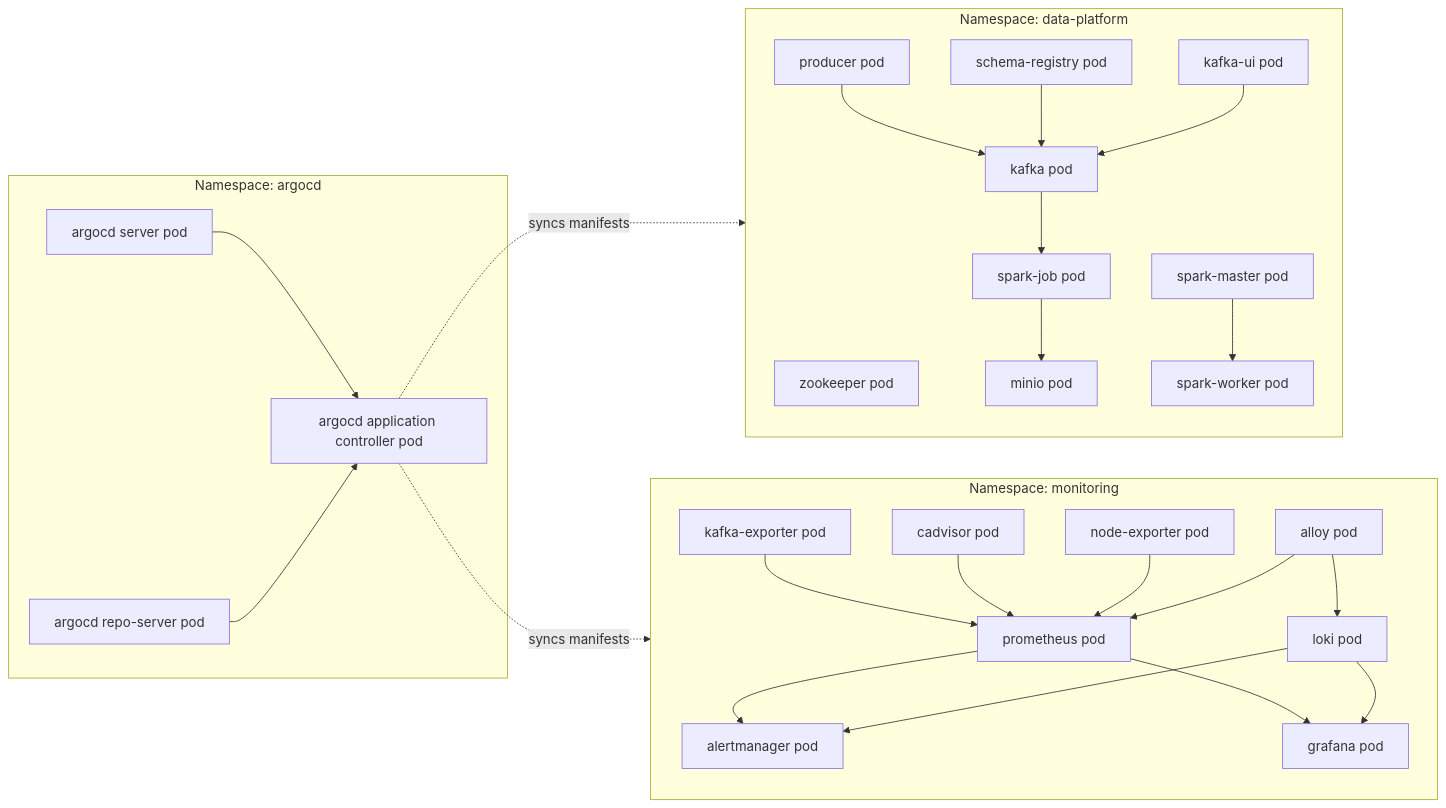
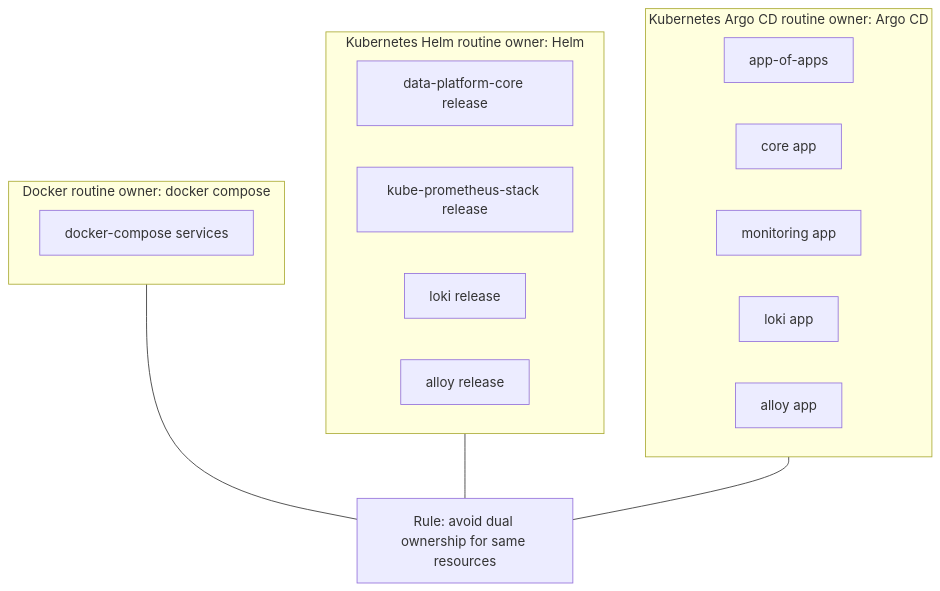
One commit to paulchen8206/Data-Platform-Observability-with-Prometheus-and-Grafana changed the third of 4 diagrams in docs/architecture.md. Above: the diagram before and after it, drawn with Mermaid. The commit also changed other lines of this file and 39 other files, not shown here.

````diff
--- a/docs/architecture.md
+++ b/docs/architecture.md
@@ -52,53 +79,27 @@
 ```mermaid
-flowchart LR
-   subgraph DP[Namespace: data-platform]
-      ZK[zookeeper pod]
-      KAFKA[kafka pod]
-      SR[schema-registry pod]
-      PROD[producer pod]
-      SM[spark-master pod]
-      SW[spark-worker pod]
-      SJ[spark-job pod]
-      MINIO[minio pod]
-      KUI[kafka-ui pod]
-   end
+flowchart TB
+  subgraph DockerRoutine[Docker routine owner: docker compose]
+    DC[docker-compose services]
+  end
 
-   subgraph MON[Namespace: monitoring]
-      PROM[prometheus pod]
-      GRAF[grafana pod]
-      AM[alertmanager pod]
-      LOKI[loki pod]
-      ALLOY[alloy pod]
-      KEXP[kafka-exporter pod]
-      CADV[cadvisor pod]
-      NEXP[node-exporter pod]
-   end
+  subgraph HelmRoutine[Kubernetes Helm routine owner: Helm]
+    HCore[data-platform-core release]
+    HMon[kube-prometheus-stack release]
+    HLoki[loki release]
+    HAlloy[alloy release]
+  end
 
-   subgraph ARGO[Namespace: argocd]
-      AC[argocd application controller pod]
-      AS[argocd repo-server pod]
-      API[argocd server pod]
-   end
+  subgraph ArgoRoutine[Kubernetes Argo CD routine owner: Argo CD]
+    AApp[app-of-apps]
+    ACore[core app]
+    AMon[monitoring app]
+    ALoki[loki app]
+    AAlloy[alloy app]
+  end
 
-   PROD --> KAFKA
-   KAFKA --> SJ
-   SJ --> MINIO
-   SR --> KAFKA
-   SM --> SW
-   KUI --> KAFKA
+  note1[Rule: avoid dual ownership for same resources]
 
-   KEXP --> PROM
-   CADV --> PROM
-   NEXP --> PROM
-   ALLOY --> PROM
-   ALLOY --> LOKI
-   PROM --> AM
-   LOKI --> AM
-   PROM --> GRAF
-   LOKI --> GRAF
-
-   API --> AC
-   AS --> AC
-   AC -. syncs manifests .-> DP
-   AC -. syncs manifests .-> MON
+  DockerRoutine --- note1
+  HelmRoutine --- note1
+  ArgoRoutine --- note1
 ```
````
